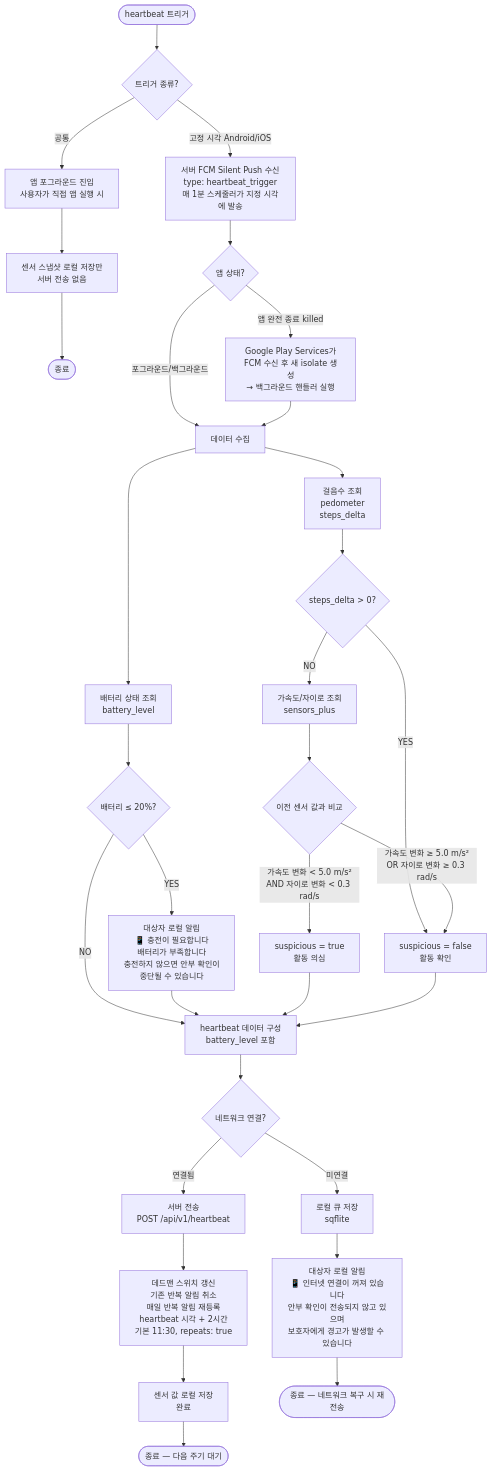
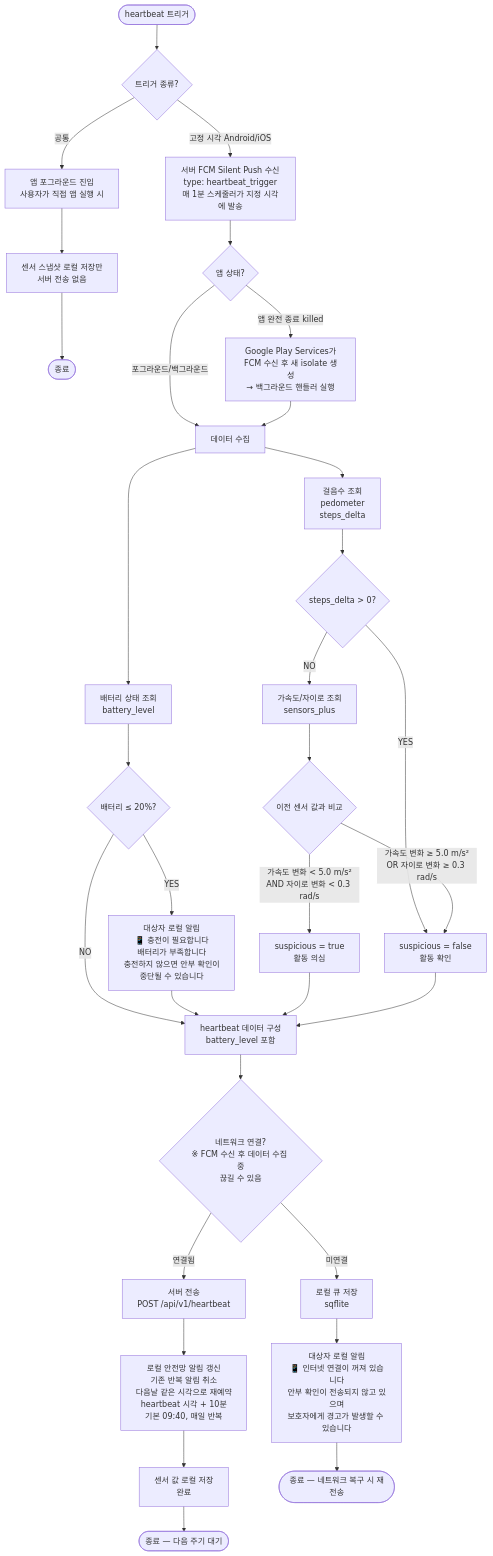
The first of 7 diagrams in .ref/heartbeat_flowchart.md (l10s18bok/kr.co.anbucheck), drawn with Mermaid before and after one commit. The commit also changed other lines of this file and 2 other files, not shown here.

First line of the commit message:
문서 개선: 배터리 경고 임계값 10% → 20% 미만, 로컬 알림 안전망 설계 반영

````diff
--- a/.ref/heartbeat_flowchart.md
+++ b/.ref/heartbeat_flowchart.md
@@ -23,55 +23,55 @@
 ```mermaid
 flowchart TD
     Start([heartbeat 트리거])
     Start --> Trigger
 
     Trigger{트리거 종류?}
     Trigger -->|고정 시각 Android/iOS| SP[서버 FCM Silent Push 수신<br/>type: heartbeat_trigger<br/>매 1분 스케줄러가 지정 시각에 발송]
     Trigger -->|공통| FG[앱 포그라운드 진입<br/>사용자가 직접 앱 실행 시]
 
     FG --> FGCollect[센서 스냅샷 로컬 저장만<br/>서버 전송 없음]
     FGCollect --> End0([종료])
 
     SP --> SPState{앱 상태?}
     SPState -->|포그라운드/백그라운드| Collect
     SPState -->|앱 완전 종료 killed| SPKilled[Google Play Services가<br/>FCM 수신 후 새 isolate 생성<br/>→ 백그라운드 핸들러 실행]
     SPKilled --> Collect
 
     Collect[데이터 수집]
     Collect --> Steps[걸음수 조회<br/>pedometer<br/>steps_delta]
     Collect --> Battery[배터리 상태 조회<br/>battery_level]
 
     Steps --> StepsCheck{steps_delta > 0?}
     StepsCheck -->|YES| Normal[suspicious = false<br/>활동 확인]
     StepsCheck -->|NO| Sensor[가속도/자이로 조회<br/>sensors_plus]
 
     Sensor --> Compare{이전 센서 값과 비교}
     Compare -->|가속도 변화 < 5.0 m/s²<br/>AND 자이로 변화 < 0.3 rad/s| Suspicious[suspicious = true<br/>활동 의심]
     Compare -->|가속도 변화 ≥ 5.0 m/s²<br/>OR 자이로 변화 ≥ 0.3 rad/s| Normal
 
     Battery --> BattCheck{배터리 ≤ 20%?}
     BattCheck -->|YES| SubjectNoti[대상자 로컬 알림<br/>📱 충전이 필요합니다<br/>배터리가 부족합니다<br/>충전하지 않으면 안부 확인이<br/>중단될 수 있습니다]
     BattCheck -->|NO| Build
 
     SubjectNoti --> Build
 
     Suspicious --> Build
     Normal --> Build
 
     Build[heartbeat 데이터 구성<br/>battery_level 포함]
 
-    Build --> Network{네트워크 연결?}
+    Build --> Network{네트워크 연결?<br/>※ FCM 수신 후 데이터 수집 중<br/>끊길 수 있음}
 
     Network -->|연결됨| Send[서버 전송<br/>POST /api/v1/heartbeat]
     Network -->|미연결| Queue[로컬 큐 저장<br/>sqflite]
 
     Queue --> LocalNoti1[대상자 로컬 알림<br/>📱 인터넷 연결이 꺼져 있습니다<br/>안부 확인이 전송되지 않고 있으며<br/>보호자에게 경고가 발생할 수 있습니다]
 
-    Send --> DeadmanReset[데드맨 스위치 갱신<br/>기존 반복 알림 취소<br/>매일 반복 알림 재등록<br/>heartbeat 시각 + 2시간<br/>기본 11:30, repeats: true]
+    Send --> AlarmReset[로컬 안전망 알림 갱신<br/>기존 반복 알림 취소<br/>다음날 같은 시각으로 재예약<br/>heartbeat 시각 + 10분<br/>기본 09:40, 매일 반복]
 
-    DeadmanReset --> SaveEnd[센서 값 로컬 저장<br/>완료]
+    AlarmReset --> SaveEnd[센서 값 로컬 저장<br/>완료]
 
     SaveEnd --> End1([종료 — 다음 주기 대기])
 
     LocalNoti1 --> End2([종료 — 네트워크 복구 시 재전송])
 ```
````
